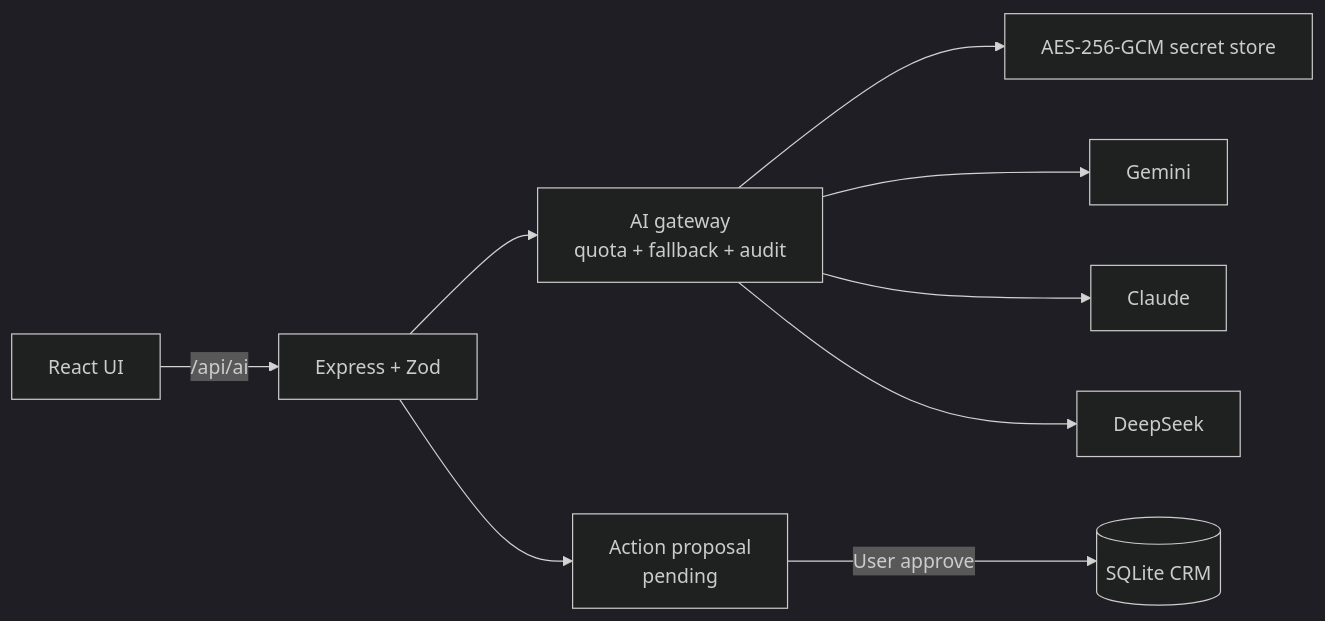
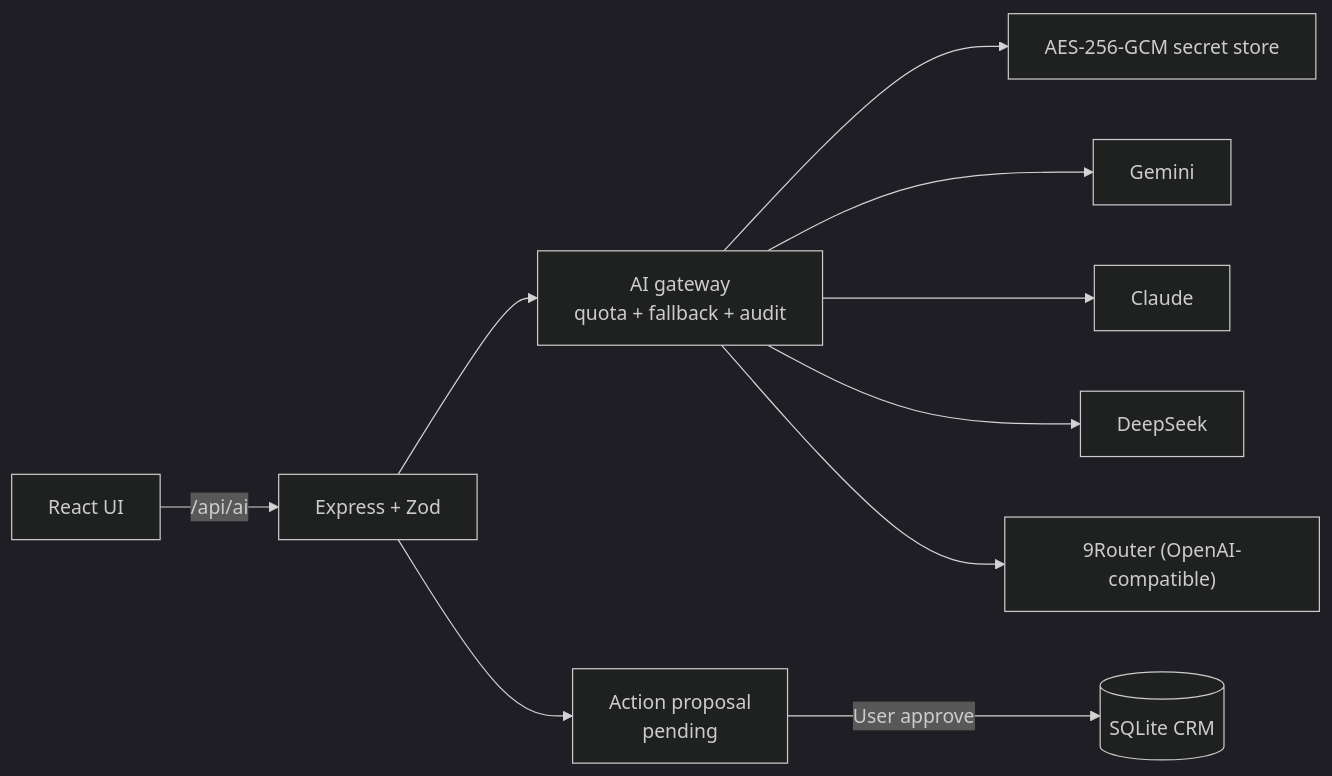
Before and after one commit to nbzezo/crm_project: the diagram in docs/AI-COPILOT.md, drawn with Mermaid (dark theme). The commit also changed other lines of this file and 15 other files, not shown here.

````diff
--- a/docs/AI-COPILOT.md
+++ b/docs/AI-COPILOT.md
@@ -39,11 +39,12 @@
 ```mermaid
 flowchart LR
   UI["React UI"] -->|"/api/ai"| API["Express + Zod"]
   API --> GW["AI gateway\nquota + fallback + audit"]
   GW --> SECRET["AES-256-GCM secret store"]
   GW --> GEMINI["Gemini"]
   GW --> CLAUDE["Claude"]
   GW --> DEEPSEEK["DeepSeek"]
+  GW --> NINEROUTER["9Router (OpenAI-compatible)"]
   API --> PROPOSAL["Action proposal\npending"]
   PROPOSAL -->|"User approve"| CRM[("SQLite CRM")]
 ```
````
